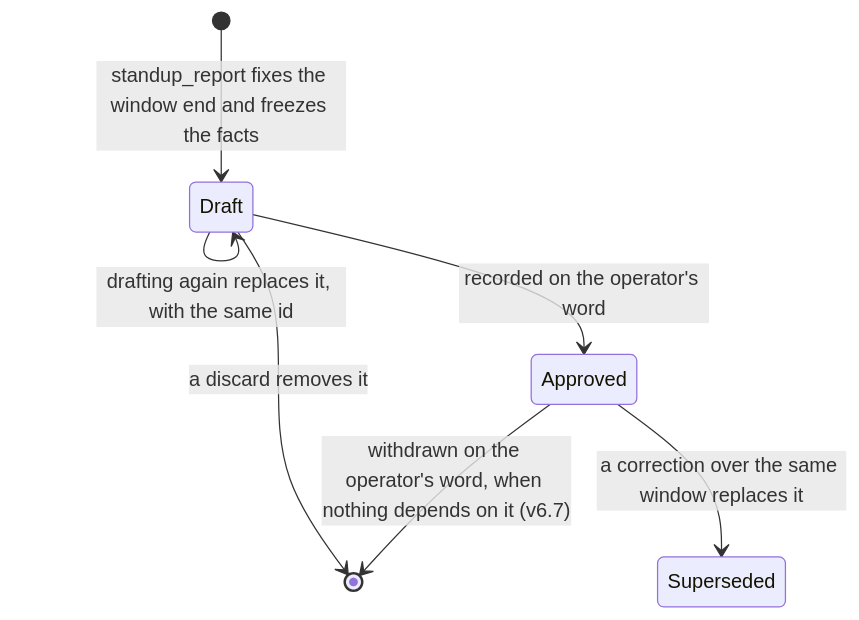
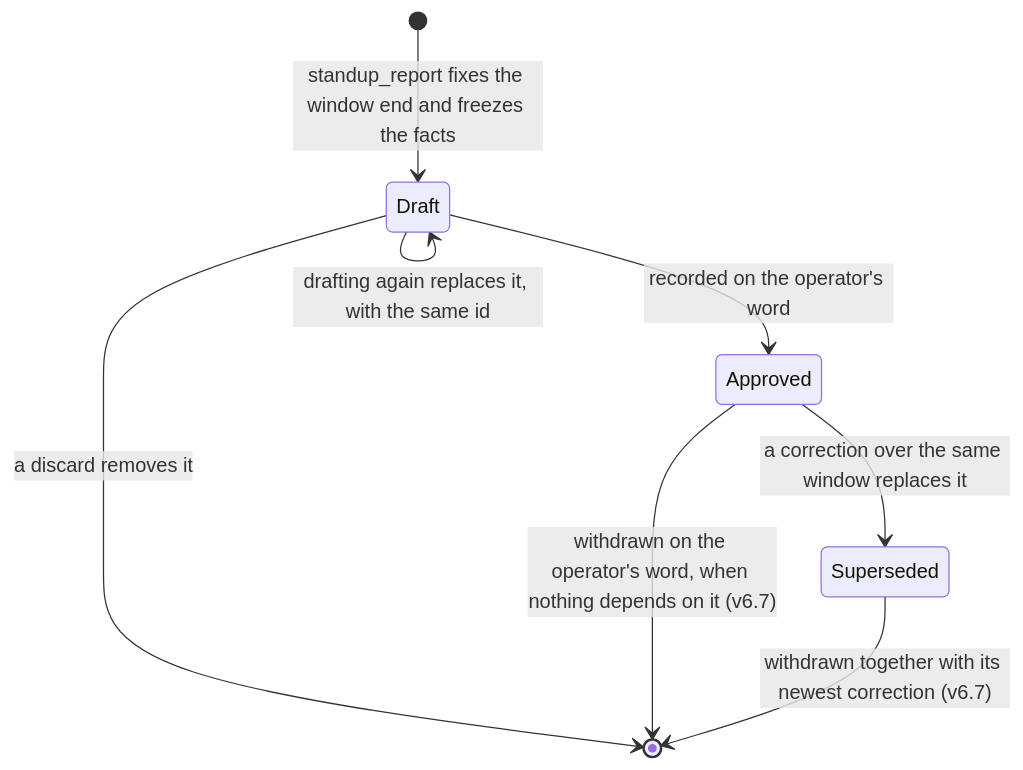
The tenth of 12 diagrams in docs/entities.md (A-H-911/tamheed), drawn with Mermaid before and after one commit. The commit also changed 14 other files, not shown here.

````diff
--- a/docs/entities.md
+++ b/docs/entities.md
@@ -1105,9 +1105,10 @@
 ```mermaid
 stateDiagram-v2
     [*] --> Draft : standup_report fixes the window end and freezes the facts
     Draft --> Draft : drafting again replaces it, with the same id
     Draft --> [*] : a discard removes it
     Draft --> Approved : recorded on the operator's word
     Approved --> Superseded : a correction over the same window replaces it
     Approved --> [*] : withdrawn on the operator's word, when nothing depends on it (v6.7)
+    Superseded --> [*] : withdrawn together with its newest correction (v6.7)
 ```
````
